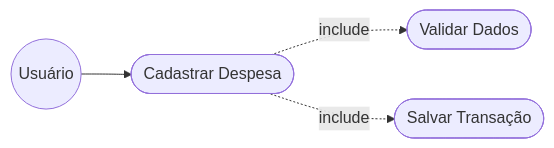
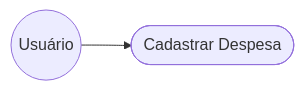
The second of 7 diagrams in relacionamento/dcu.md (NEXA-project-br/NEXA), drawn with Mermaid before and after one commit. The commit also changed other lines of this file, not shown here.

Commit message:
Refactor mermaid diagrams for user interactions

````diff
--- a/relacionamento/dcu.md
+++ b/relacionamento/dcu.md
@@ -29,11 +25,7 @@
 ```mermaid
 graph LR
   U((Usuário))
   RF02([Cadastrar Despesa])
-  A1([Validar Dados])
-  A2([Salvar Transação])
 
   U --> RF02
-  RF02 -.->|include| A1
-  RF02 -.->|include| A2
 ```
````
